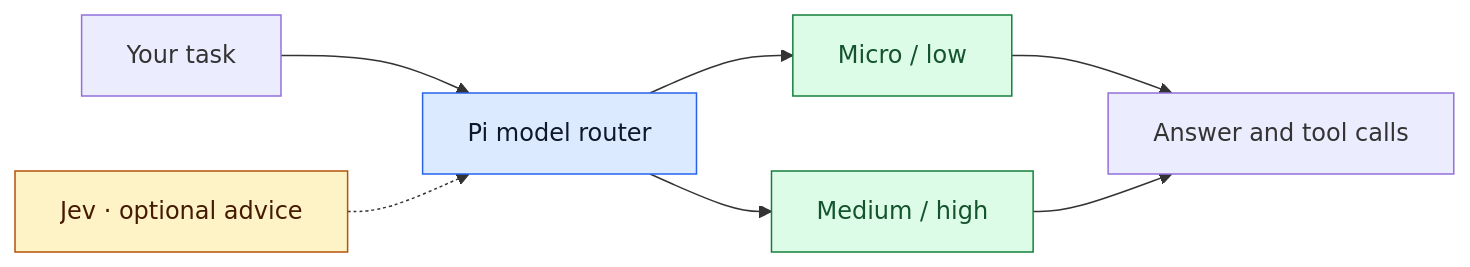
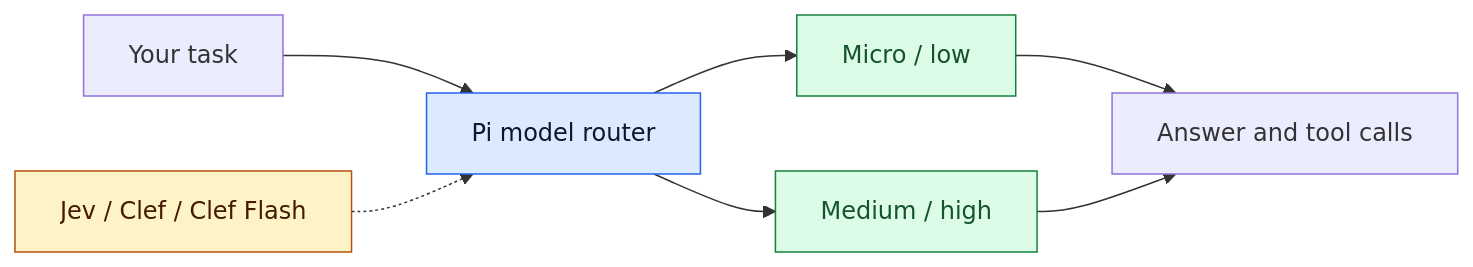
Before and after one commit to alexei-led/pi-model-router: the diagram in README.md, drawn with Mermaid. The commit also changed other lines of this file and 31 other files, not shown here.

````diff
--- a/README.md
+++ b/README.md
@@ -30,15 +30,15 @@
 ```mermaid
 flowchart LR
     Task["Your task"] --> Router["Pi model router"]
-    Jev["Jev · optional advice"] -.-> Router
+    Advisor["Jev / Clef / Clef Flash"] -.-> Router
     Router --> Light["Micro / low"]
     Router --> Strong["Medium / high"]
     Light --> Answer["Answer and tool calls"]
     Strong --> Answer
     classDef policy fill:#dbeafe,stroke:#2563eb,color:#0f172a
     classDef advisor fill:#fef3c7,stroke:#b45309,color:#451a03
     classDef generation fill:#dcfce7,stroke:#15803d,color:#14532d
     class Router policy
-    class Jev advisor
+    class Advisor advisor
     class Light,Strong generation
 ```
````
